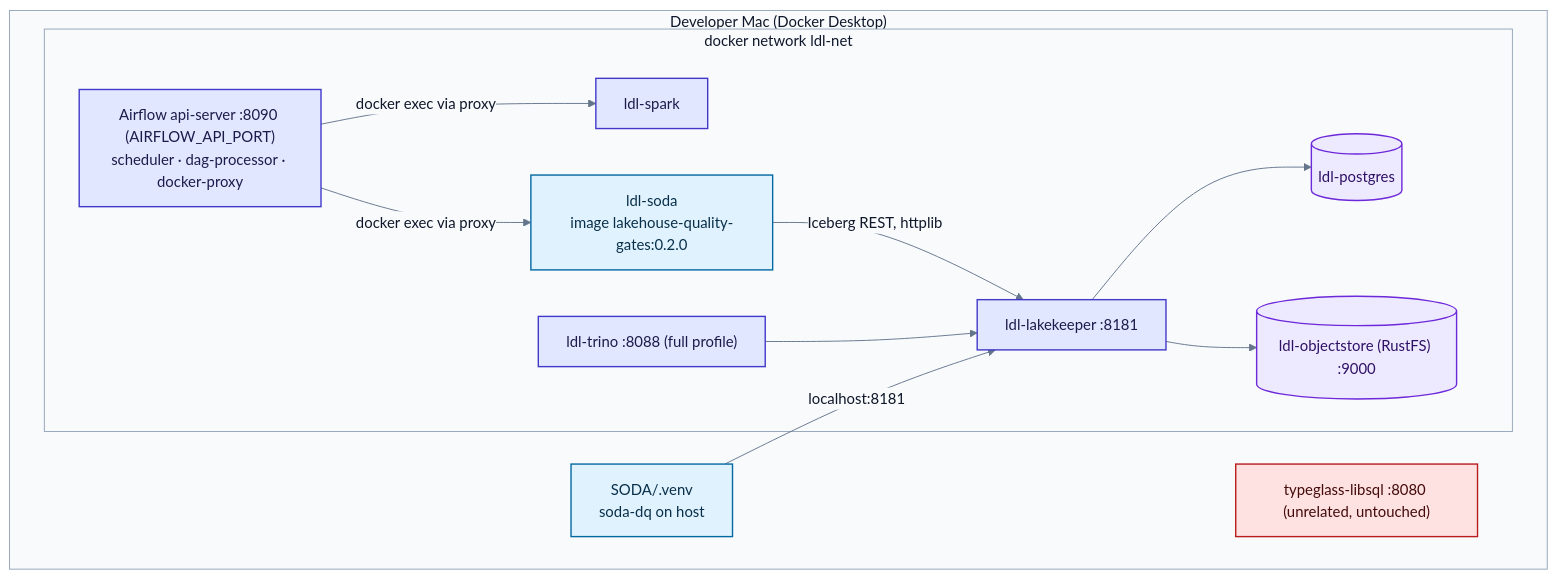
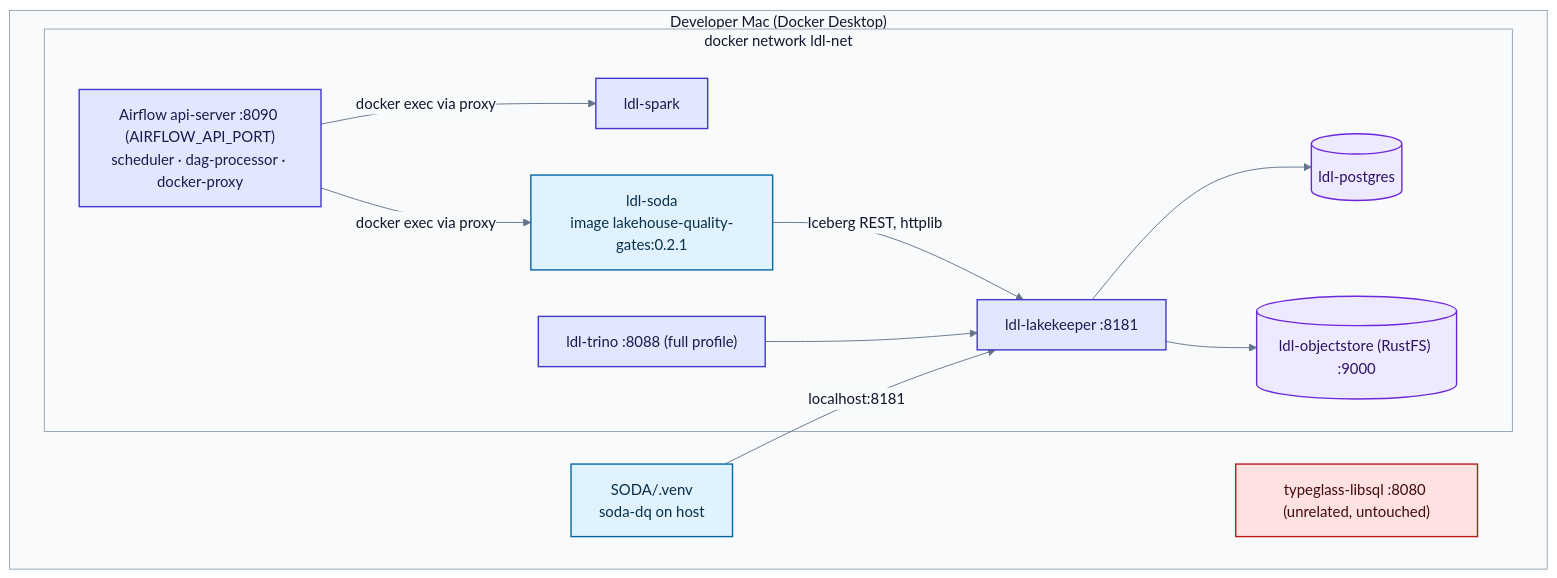
The diagram in docs/diagrams/06-deployment.mmd (santoshshinde2012/lakehouse-quality-gates), drawn with Mermaid before and after one commit. The commit also changed 13 other files, not shown here.

```diff
--- a/docs/diagrams/06-deployment.mmd
+++ b/docs/diagrams/06-deployment.mmd
@@ -1,29 +1,29 @@
 %%{init: {"theme": "base", "themeVariables": {"fontFamily": "Inter, Segoe UI, Helvetica, Arial, sans-serif", "lineColor": "#64748b", "primaryTextColor": "#0f172a", "primaryColor": "#e0e7ff", "primaryBorderColor": "#4338ca", "secondaryColor": "#dcfce7", "tertiaryColor": "#f8fafc", "edgeLabelBackground": "#f8fafc", "actorBkg": "#e0e7ff", "actorBorder": "#4338ca", "noteBkgColor": "#fef3c7", "noteBorderColor": "#b45309", "signalColor": "#334155", "signalTextColor": "#0f172a"}}}%%
 flowchart TB
   subgraph HOST["Developer Mac (Docker Desktop)"]
     subgraph NET["docker network ldl-net"]
       LK["ldl-lakekeeper :8181"]:::ext
       OS[("ldl-objectstore (RustFS) :9000")]:::store
       PG[("ldl-postgres")]:::store
       SP["ldl-spark"]:::ext
       TR["ldl-trino :8088 (full profile)"]:::ext
       AF["Airflow api-server :8090 (AIRFLOW_API_PORT)<br/>scheduler · dag-processor · docker-proxy"]:::ext
-      SO["ldl-soda<br/>image lakehouse-quality-gates:0.2.0"]:::dq
+      SO["ldl-soda<br/>image lakehouse-quality-gates:0.2.1"]:::dq
     end
     VENV["SODA/.venv<br/>soda-dq on host"]:::dq
     TG["typeglass-libsql :8080 (unrelated, untouched)"]:::fail
   end
   AF -- "docker exec via proxy" --> SP
   AF -- "docker exec via proxy" --> SO
   SO -- "Iceberg REST, httplib" --> LK
   VENV -- "localhost:8181" --> LK
   LK --> PG
   LK --> OS
   TR --> LK
   classDef ext fill:#e0e7ff,stroke:#4338ca,stroke-width:1.5px,color:#1e1b4b
   classDef dq fill:#e0f2fe,stroke:#0369a1,stroke-width:1.5px,color:#082f49
   classDef store fill:#ede9fe,stroke:#6d28d9,stroke-width:1.5px,color:#2e1065
   classDef gate fill:#dcfce7,stroke:#15803d,stroke-width:1.5px,color:#052e16
   classDef fail fill:#fee2e2,stroke:#b91c1c,stroke-width:1.5px,color:#450a0a
   style HOST fill:#f8fafc,stroke:#94a3b8,color:#0f172a
   style NET fill:#f8fafc,stroke:#94a3b8,color:#0f172a
```
